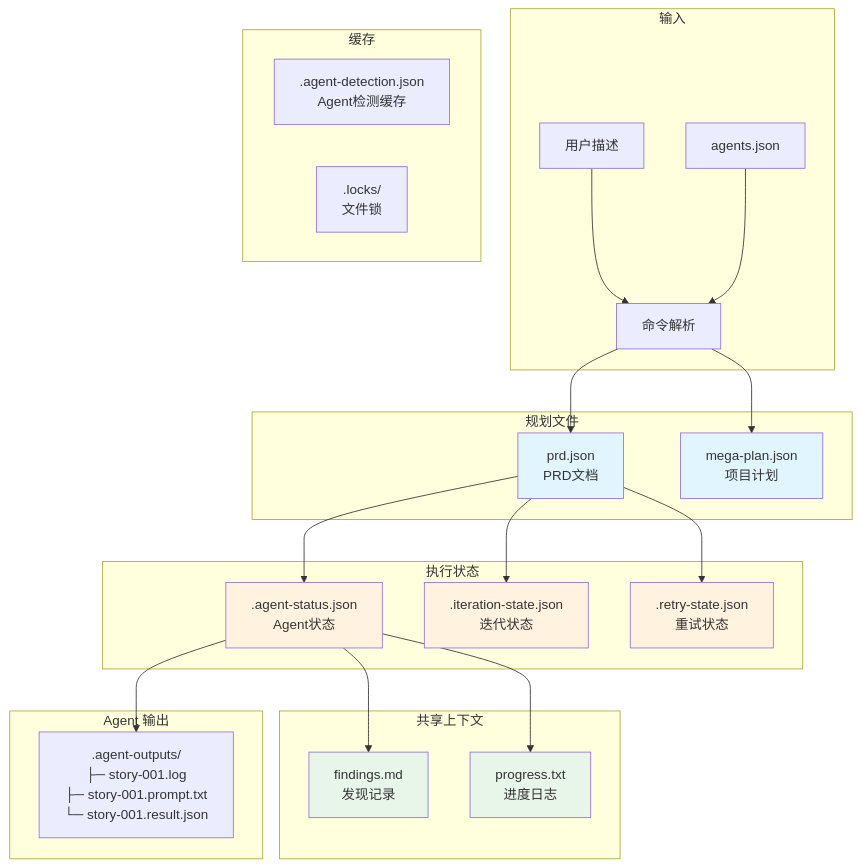
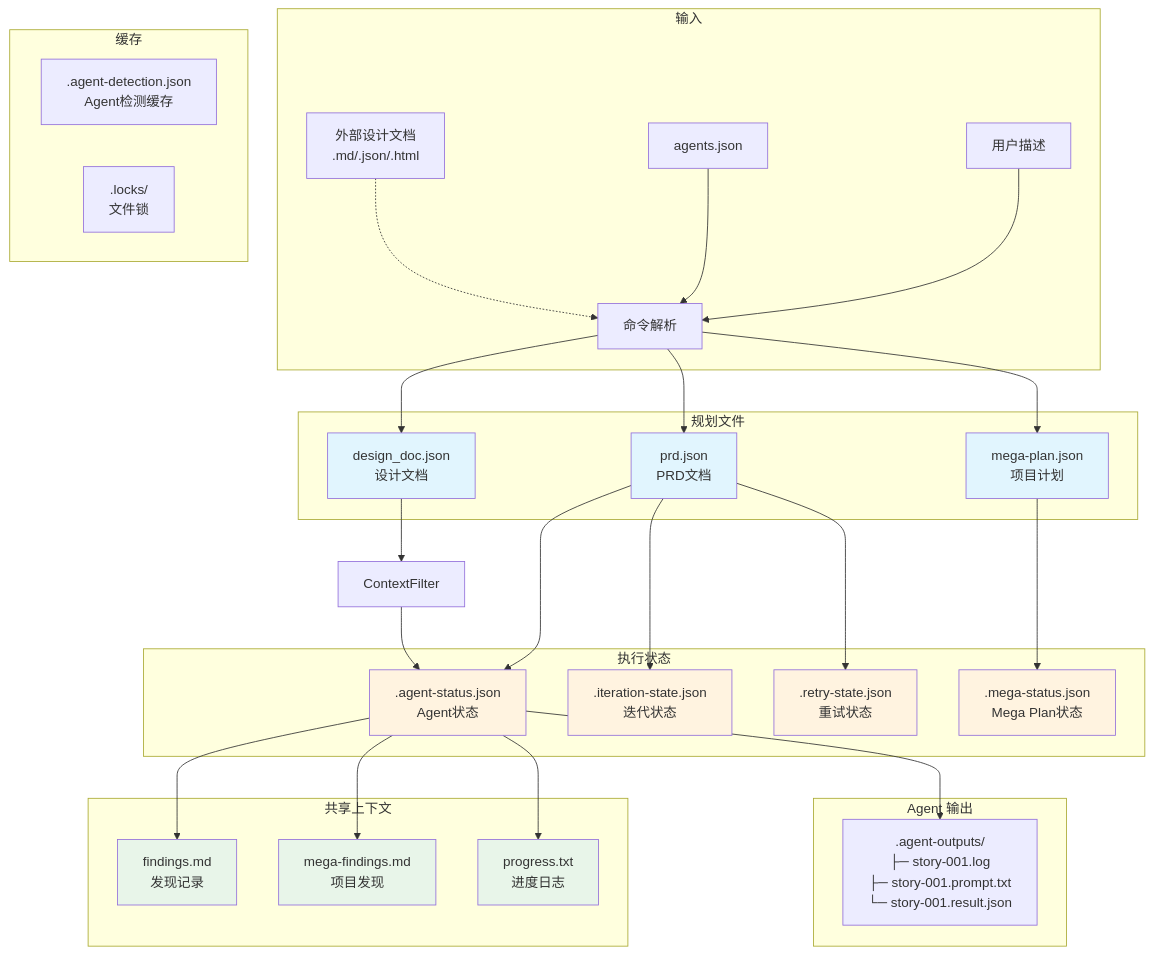
Diagram 13 of 13 in docs/System-Architecture_zh.md (Taoidle/plan-cascade), drawn with Mermaid before and after one commit. The commit also changed other lines of this file and 29 other files, not shown here.

````diff
--- a/docs/System-Architecture_zh.md
+++ b/docs/System-Architecture_zh.md
@@ -533,40 +759,50 @@
 ```mermaid
 graph TB
     subgraph "输入"
         U[用户描述] --> CMD[命令解析]
         CFG[agents.json] --> CMD
+        EXT[外部设计文档<br/>.md/.json/.html] -.-> CMD
     end
 
     subgraph "规划文件"
         CMD --> PRD[prd.json<br/>PRD文档]
         CMD --> MP[mega-plan.json<br/>项目计划]
+        CMD --> DD[design_doc.json<br/>设计文档]
     end
 
     subgraph "执行状态"
         PRD --> AS[.agent-status.json<br/>Agent状态]
         PRD --> IS[.iteration-state.json<br/>迭代状态]
         PRD --> RS[.retry-state.json<br/>重试状态]
+        MP --> MS[.mega-status.json<br/>Mega Plan状态]
     end
 
     subgraph "共享上下文"
         AS --> FD[findings.md<br/>发现记录]
+        AS --> MF[mega-findings.md<br/>项目发现]
         AS --> PG[progress.txt<br/>进度日志]
     end
 
     subgraph "Agent 输出"
         AS --> AO[.agent-outputs/<br/>├─ story-001.log<br/>├─ story-001.prompt.txt<br/>└─ story-001.result.json]
     end
 
     subgraph "缓存"
         AD[.agent-detection.json<br/>Agent检测缓存]
         LK[.locks/<br/>文件锁]
     end
 
+    DD --> CF[ContextFilter]
+    CF --> AS
+
     style PRD fill:#e1f5fe
     style MP fill:#e1f5fe
+    style DD fill:#e1f5fe
     style AS fill:#fff3e0
     style IS fill:#fff3e0
     style RS fill:#fff3e0
+    style MS fill:#fff3e0
     style FD fill:#e8f5e9
+    style MF fill:#e8f5e9
     style PG fill:#e8f5e9
 ```
````
